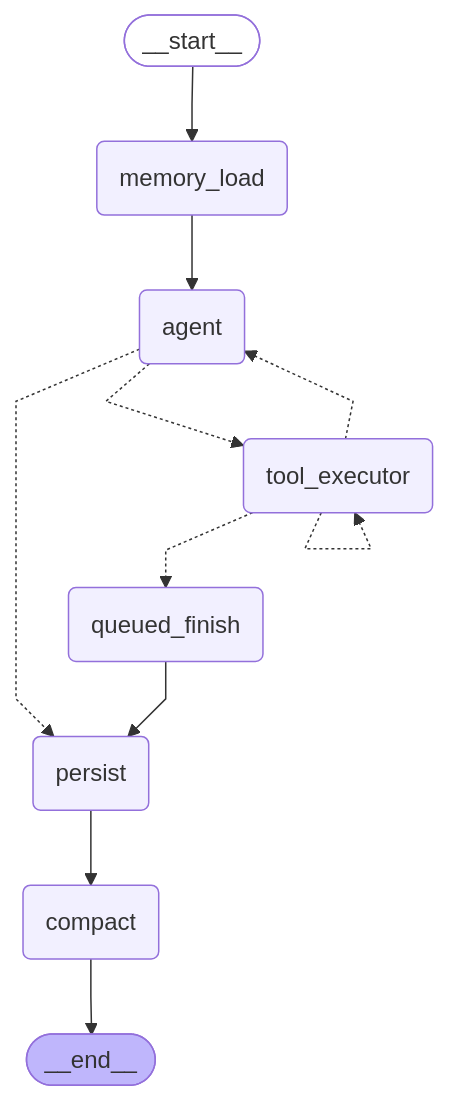
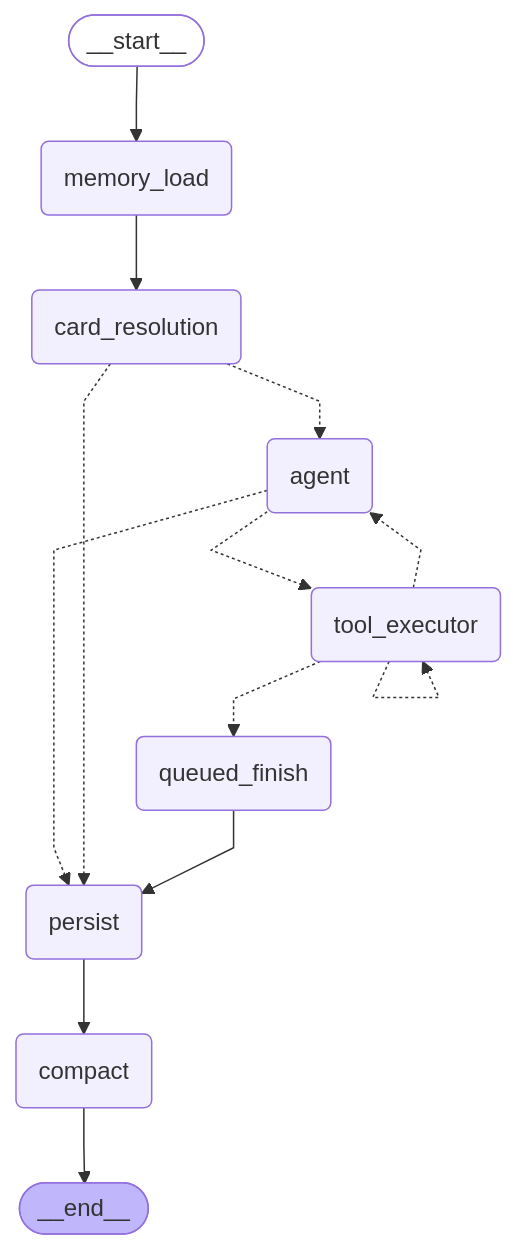
The diagram in docs/architecture/generated/05_agent_graph.md (muppas1m/Jarvis), drawn with Mermaid before and after one commit. The commit also changed 7 other files, not shown here.

Commit message:
agent: presented-card interactions run through the graph (card_resolution node) — persisted + claim-gated + strong-judged, in-graph grounding suppressed (no double-write)

````diff
--- a/docs/architecture/generated/05_agent_graph.md
+++ b/docs/architecture/generated/05_agent_graph.md
@@ -9,29 +9,32 @@
 ```mermaid
 ---
 config:
   flowchart:
     curve: linear
 ---
 graph TD;
 	__start__([<p>__start__</p>]):::first
 	memory_load(memory_load)
+	card_resolution(card_resolution)
 	agent(agent)
 	tool_executor(tool_executor)
 	queued_finish(queued_finish)
 	persist(persist)
 	compact(compact)
 	__end__([<p>__end__</p>]):::last
 	__start__ --> memory_load;
 	agent -.-> persist;
 	agent -.-> tool_executor;
-	memory_load --> agent;
+	card_resolution -.-> agent;
+	card_resolution -.-> persist;
+	memory_load --> card_resolution;
 	persist --> compact;
 	queued_finish --> persist;
 	tool_executor -.-> agent;
 	tool_executor -.-> queued_finish;
 	compact --> __end__;
 	tool_executor -.-> tool_executor;
 	classDef default fill:#f2f0ff,line-height:1.2
 	classDef first fill-opacity:0
 	classDef last fill:#bfb6fc
 ```
````
